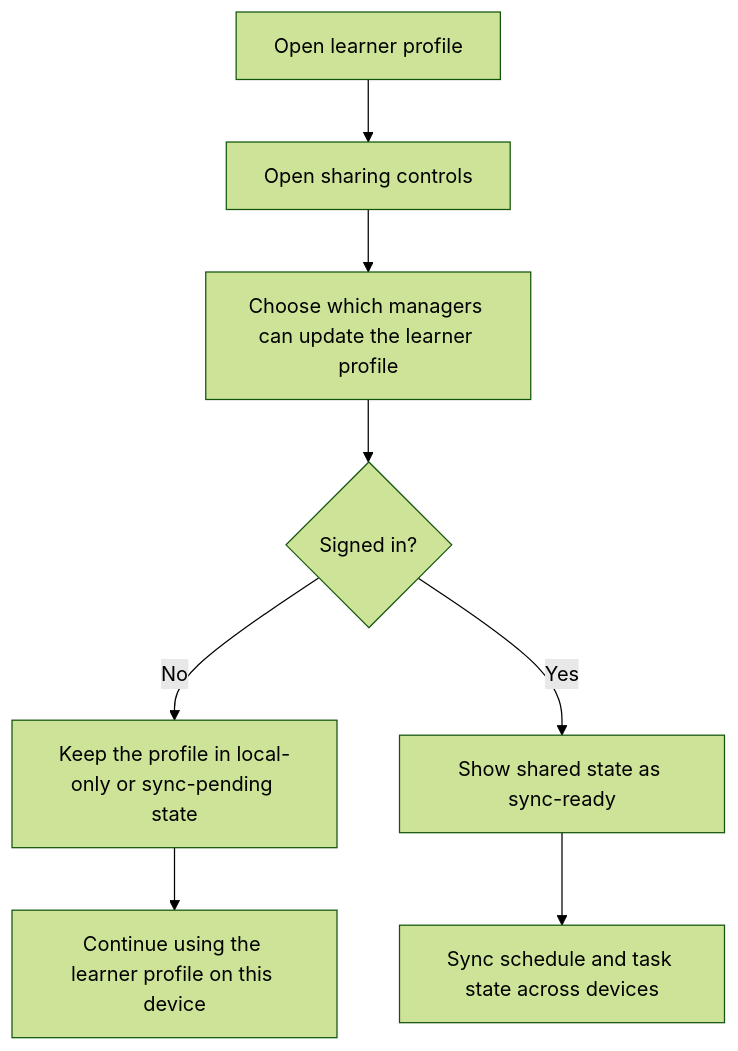
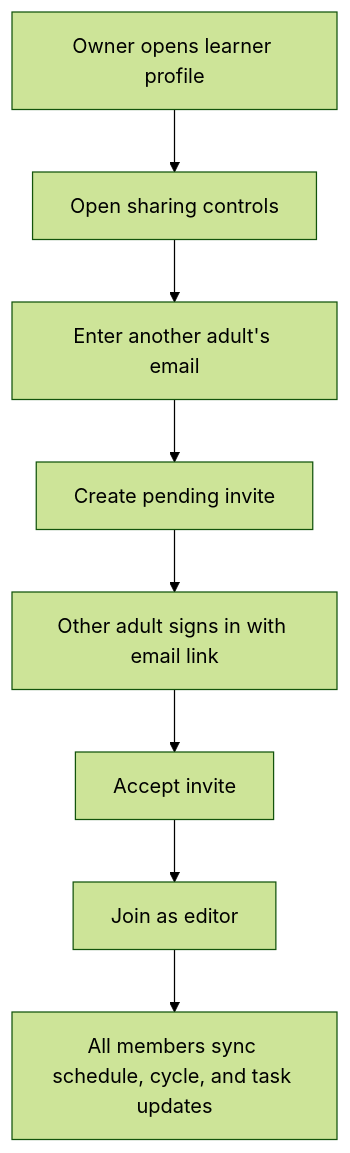
Before and after one commit to mahdihijazi/tathbeet: the diagram in docs/user-flows/shared-learner-account.md, drawn with Mermaid (forest theme). The commit also changed other lines of this file and 6 other files, not shown here.

````diff
--- a/docs/user-flows/shared-learner-account.md
+++ b/docs/user-flows/shared-learner-account.md
@@ -3,10 +3,10 @@
 ```mermaid
 flowchart TD
-    A["Open learner profile"] --> B["Open sharing controls"]
-    B --> C["Choose which managers can update the learner profile"]
-    C --> D{"Signed in?"}
-    D -- "No" --> E["Keep the profile in local-only or sync-pending state"]
-    D -- "Yes" --> F["Show shared state as sync-ready"]
-    E --> G["Continue using the learner profile on this device"]
-    F --> H["Sync schedule and task state across devices"]
+    A["Owner opens learner profile"] --> B["Open sharing controls"]
+    B --> C["Enter another adult's email"]
+    C --> D["Create pending invite"]
+    D --> E["Other adult signs in with email link"]
+    E --> F["Accept invite"]
+    F --> G["Join as editor"]
+    G --> H["All members sync schedule, cycle, and task updates"]
 ```
````
